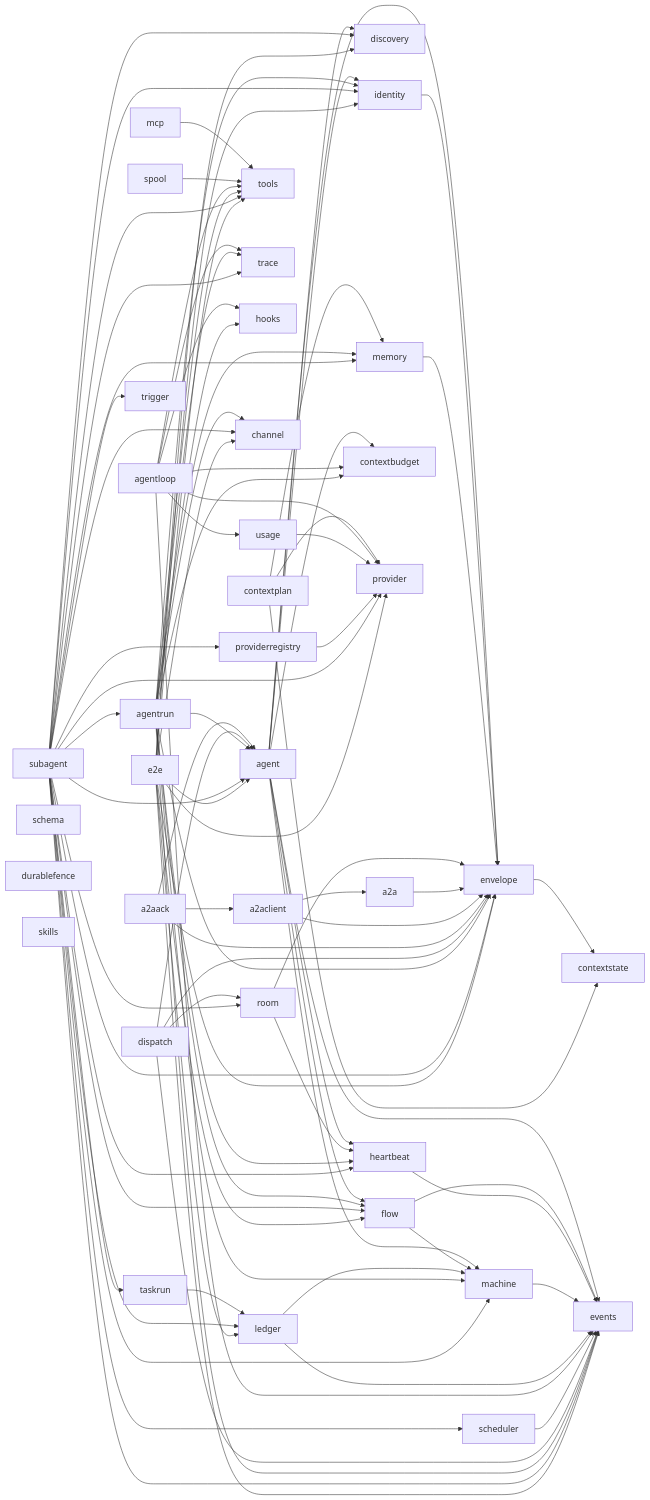
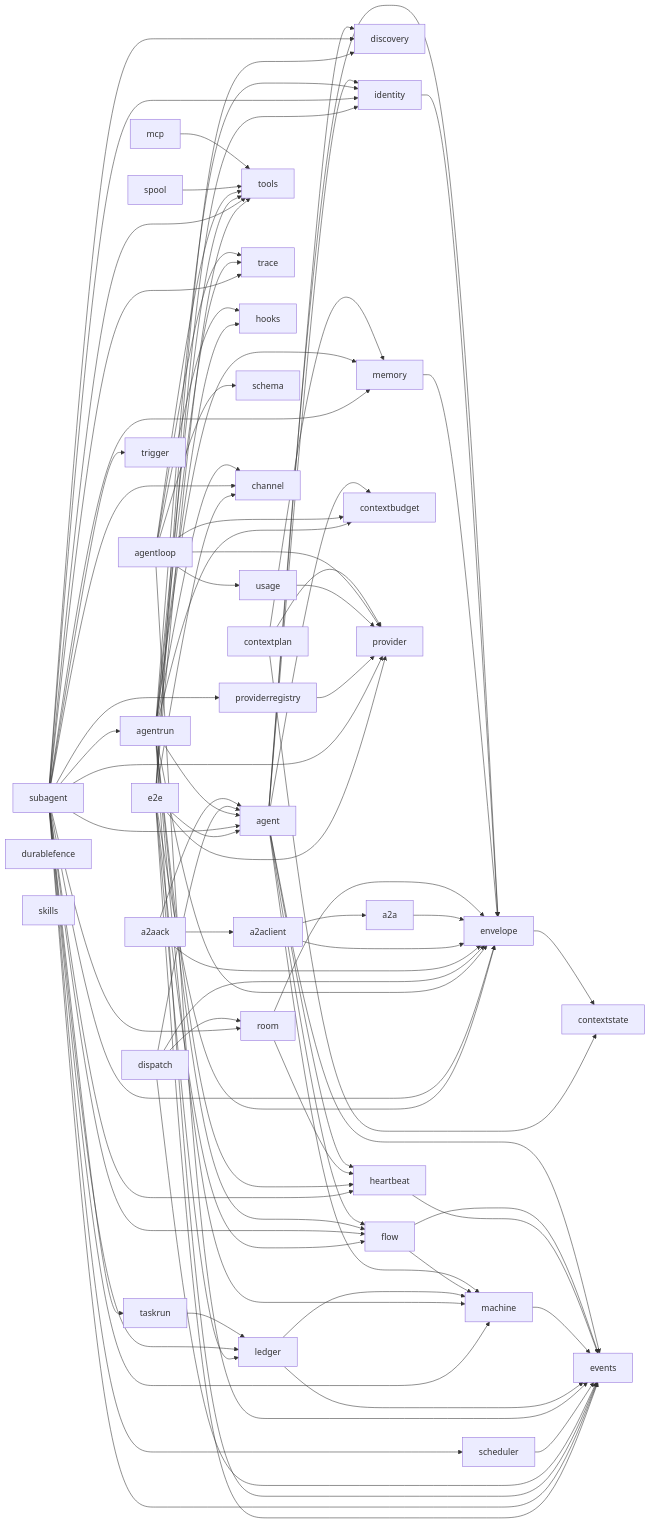
The first of 2 diagrams in docs/architecture.md (MiviaLabs/mivia-ai-sdk), drawn with Mermaid before and after one commit. The commit also changed other lines of this file and 17 other files, not shown here.

```diff
--- a/docs/architecture.md
+++ b/docs/architecture.md
@@ -64,6 +64,7 @@
     agentloop --> usage
     agentloop --> events
     agentloop --> contextbudget
+    agentloop --> schema
     usage --> provider
     providerregistry --> provider
     scheduler --> events
```
